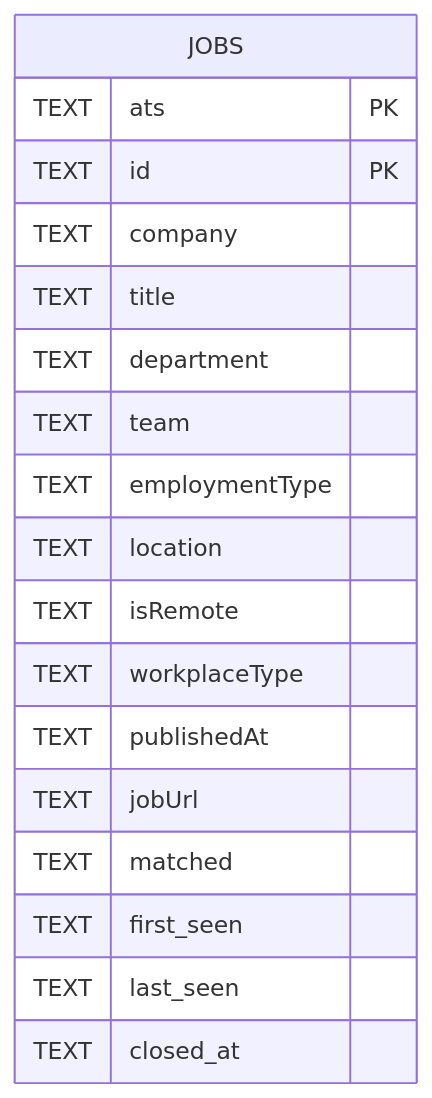
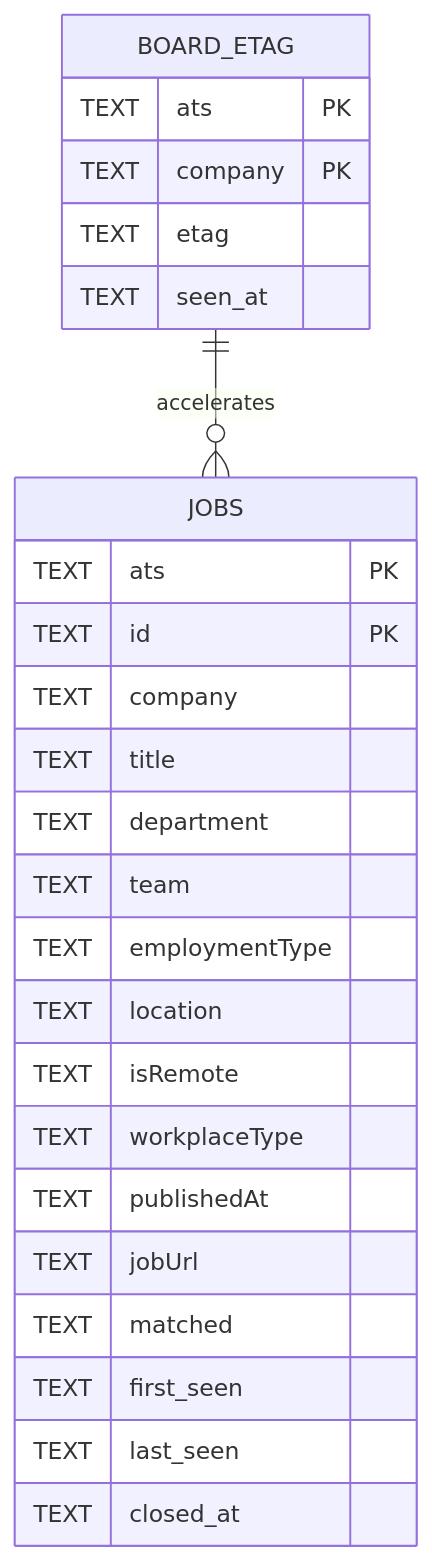
One commit to dlibis/job-boards changed the first of 2 diagrams in openwiki/architecture/data-model.md. Above: the diagram before and after it, drawn with Mermaid. The commit also changed other lines of this file and 7 other files, not shown here.

````diff
--- a/openwiki/architecture/data-model.md
+++ b/openwiki/architecture/data-model.md
@@ -45,21 +45,28 @@
 ```mermaid
 erDiagram
     JOBS {
         TEXT ats PK
         TEXT id PK
         TEXT company
         TEXT title
         TEXT department
         TEXT team
         TEXT employmentType
         TEXT location
         TEXT isRemote
         TEXT workplaceType
         TEXT publishedAt
         TEXT jobUrl
         TEXT matched
         TEXT first_seen
         TEXT last_seen
         TEXT closed_at
     }
+    BOARD_ETAG {
+        TEXT ats PK
+        TEXT company PK
+        TEXT etag
+        TEXT seen_at
+    }
+    BOARD_ETAG ||--o{ JOBS : accelerates
 ```
````
